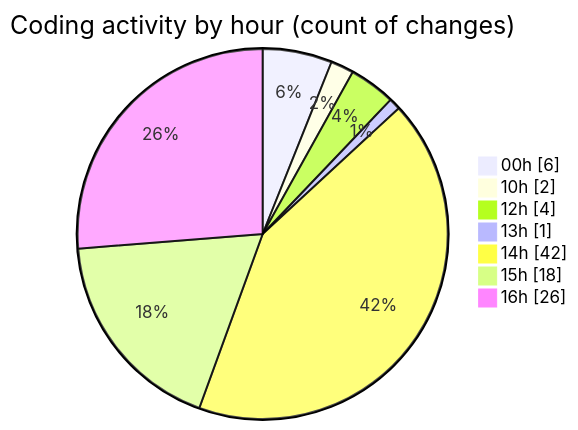
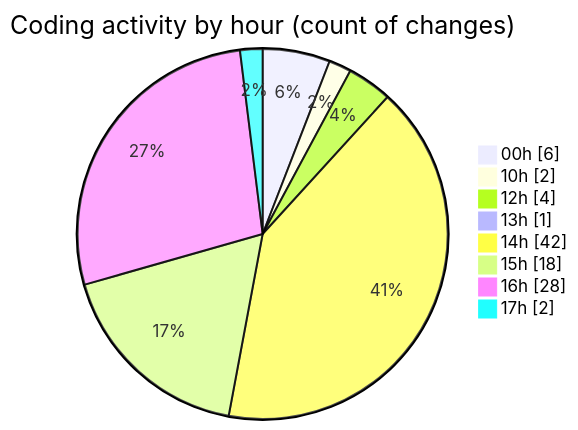
The second of 2 diagrams in 2025-06-04/nxtqube_webapp/README.md (nxtqubesakshisongat/code-tracking), drawn with Mermaid before and after one commit. The commit also changed other lines of this file and 1 other file, not shown here.

````diff
--- a/2025-06-04/nxtqube_webapp/README.md
+++ b/2025-06-04/nxtqube_webapp/README.md
@@ -35,11 +35,12 @@
 ```mermaid
 pie showData
 title Coding activity by hour (count of changes)
 "00h" : 6
 "10h" : 2
 "12h" : 4
 "13h" : 1
 "14h" : 42
 "15h" : 18
-"16h" : 26
+"16h" : 28
+"17h" : 2
 ```
````
